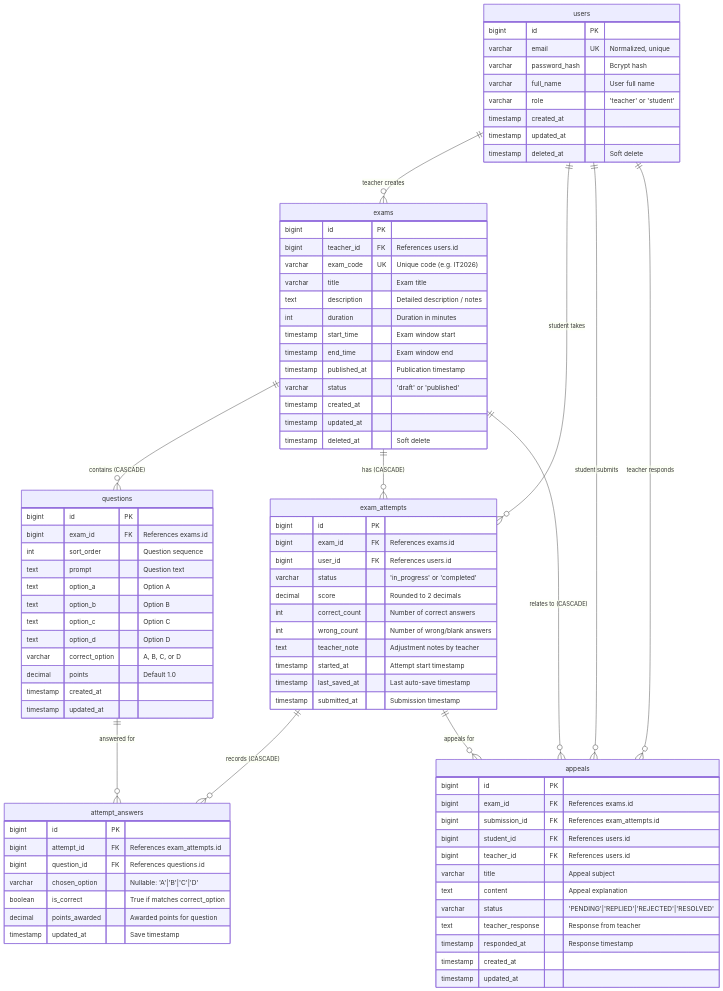
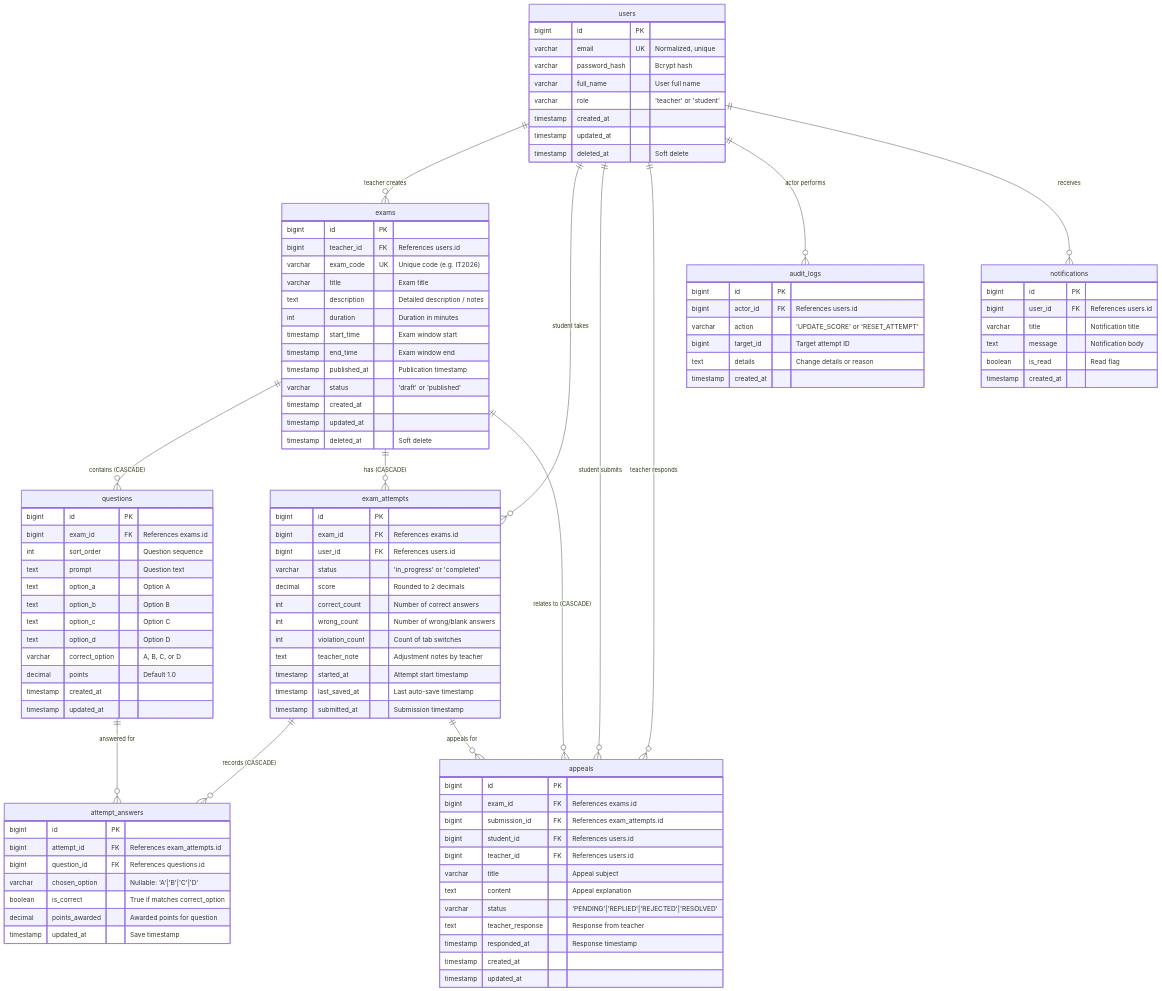
One commit to NguenDung/exam-system-mvp changed the first of 3 diagrams in ARCHITECTURE_AND_REPORT.md. Above: the diagram before and after it, drawn with Mermaid. The commit also changed other lines of this file and 23 other files, not shown here.

````diff
--- a/ARCHITECTURE_AND_REPORT.md
+++ b/ARCHITECTURE_AND_REPORT.md
@@ -73,6 +73,8 @@
     users ||--o{ exam_attempts : "student takes"
     users ||--o{ appeals : "student submits"
     users ||--o{ appeals : "teacher responds"
+    users ||--o{ audit_logs : "actor performs"
+    users ||--o{ notifications : "receives"
     exams ||--o{ questions : "contains (CASCADE)"
     exams ||--o{ exam_attempts : "has (CASCADE)"
     exams ||--o{ appeals : "relates to (CASCADE)"
@@ -130,6 +132,7 @@
         decimal score "Rounded to 2 decimals"
         int correct_count "Number of correct answers"
         int wrong_count "Number of wrong/blank answers"
+        int violation_count "Count of tab switches"
         text teacher_note "Adjustment notes by teacher"
         timestamp started_at "Attempt start timestamp"
         timestamp last_saved_at "Last auto-save timestamp"
@@ -160,4 +163,22 @@
         timestamp created_at
         timestamp updated_at
     }
+
+    audit_logs {
+        bigint id PK
+        bigint actor_id FK "References users.id"
+        varchar action "'UPDATE_SCORE' or 'RESET_ATTEMPT'"
+        bigint target_id "Target attempt ID"
+        text details "Change details or reason"
+        timestamp created_at
+    }
+
+    notifications {
+        bigint id PK
+        bigint user_id FK "References users.id"
+        varchar title "Notification title"
+        text message "Notification body"
+        boolean is_read "Read flag"
+        timestamp created_at
+    }
 ```
````
